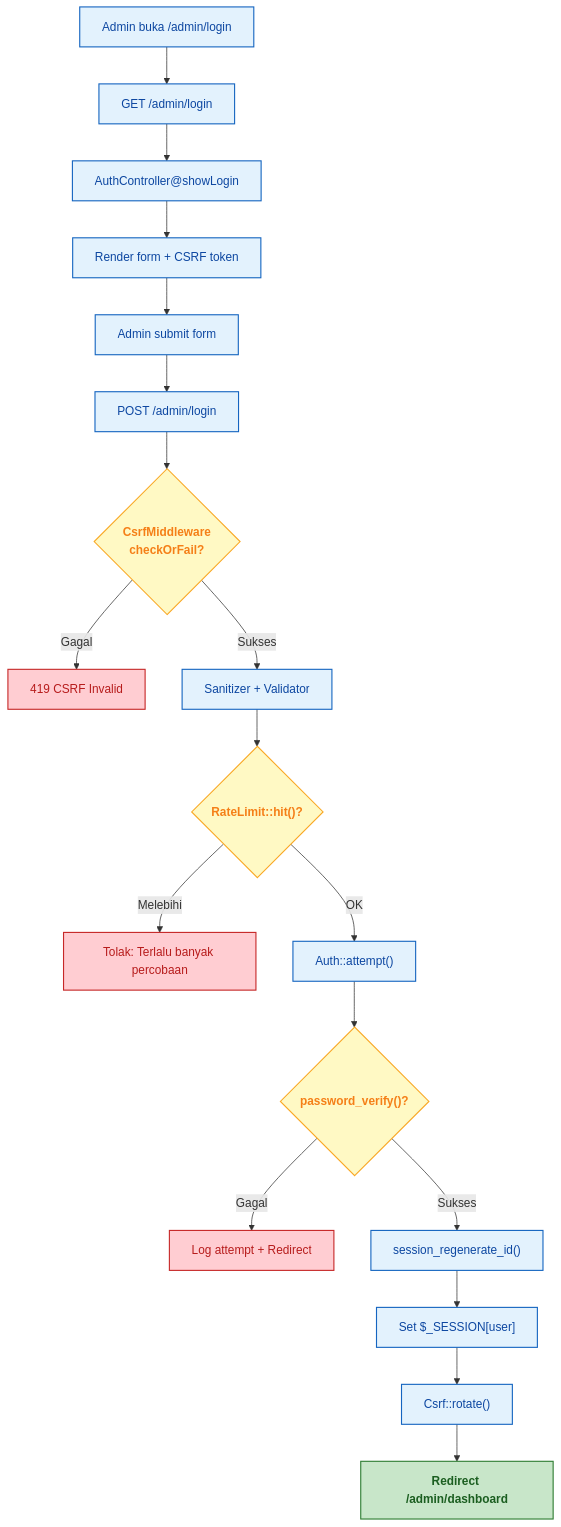
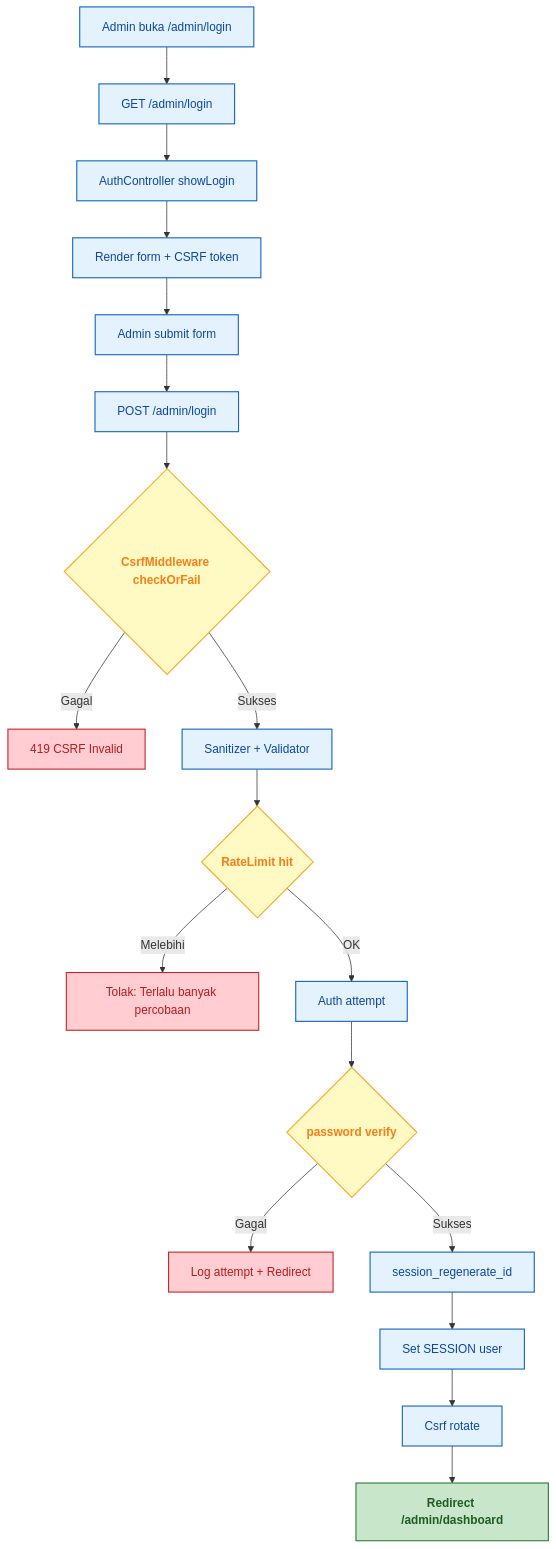
Before and after one commit to sekarpratama/project1: the seventh of 19 diagrams in README.md, drawn with Mermaid. The commit also changed other lines of this file, not shown here.

````diff
--- a/README.md
+++ b/README.md
@@ -393,34 +397,44 @@
 ```mermaid
 flowchart TD
     A["Admin buka /admin/login"]:::step
     B["GET /admin/login"]:::step
-    C["AuthController@showLogin"]:::step
+    C["AuthController showLogin"]:::step
     D["Render form + CSRF token"]:::step
     E["Admin submit form"]:::step
     F["POST /admin/login"]:::step
-    G{"CsrfMiddleware<br/>checkOrFail?"}:::check
+    G{"CsrfMiddleware checkOrFail"}:::check
     H["419 CSRF Invalid"]:::fail
     I["Sanitizer + Validator"]:::step
-    J{"RateLimit::hit()?"}:::check
+    J{"RateLimit hit"}:::check
     K["Tolak: Terlalu banyak percobaan"]:::fail
-    L["Auth::attempt()"]:::step
-    M{"password_verify()?"}:::check
+    L["Auth attempt"]:::step
+    M{"password verify"}:::check
     N["Log attempt + Redirect"]:::fail
-    O["session_regenerate_id()"]:::step
-    P["Set $_SESSION[user]"]:::step
-    Q["Csrf::rotate()"]:::step
+    O["session_regenerate_id"]:::step
+    P["Set SESSION user"]:::step
+    Q["Csrf rotate"]:::step
     R["Redirect /admin/dashboard"]:::success
 
-    A --> B --> C --> D --> E --> F --> G
+    A --> B
+    B --> C
+    C --> D
+    D --> E
+    E --> F
+    F --> G
     G -->|Gagal| H
-    G -->|Sukses| I --> J
+    G -->|Sukses| I
+    I --> J
     J -->|Melebihi| K
-    J -->|OK| L --> M
+    J -->|OK| L
+    L --> M
     M -->|Gagal| N
-    M -->|Sukses| O --> P --> Q --> R
+    M -->|Sukses| O
+    O --> P
+    P --> Q
+    Q --> R
 
     classDef step fill:#e3f2fd,stroke:#1565c0,stroke-width:1.5px,color:#0d47a1
     classDef check fill:#fff9c4,stroke:#f9a825,stroke-width:1.5px,color:#f57f17,font-weight:bold
     classDef fail fill:#ffcdd2,stroke:#c62828,stroke-width:1.5px,color:#b71c1c
     classDef success fill:#c8e6c9,stroke:#2e7d32,stroke-width:1.5px,color:#1b5e20,font-weight:bold
 ```
````
